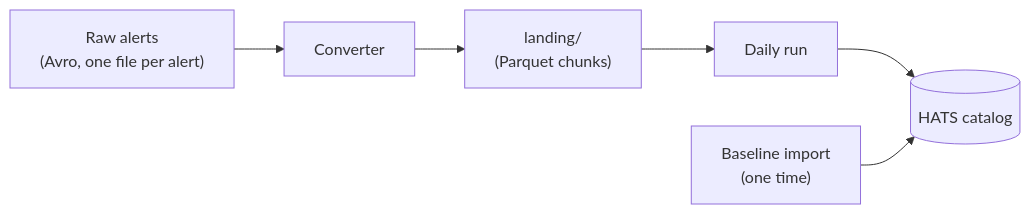
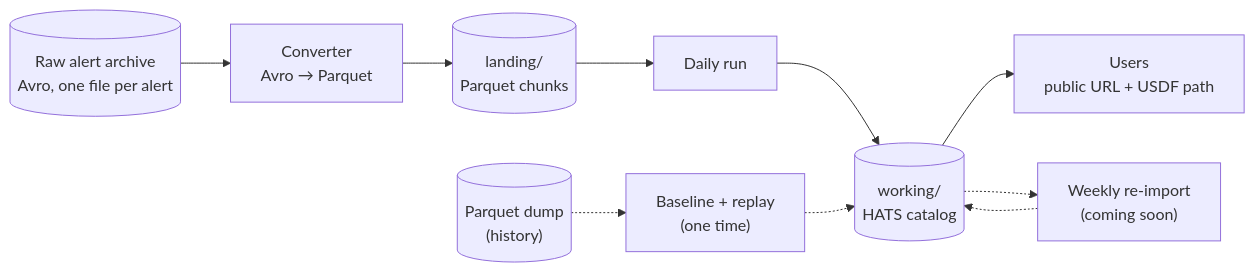
Before and after one commit to lincc-frameworks/alert-archive: the diagram in docs/pipeline/overview.md, drawn with Mermaid. The commit also changed other lines of this file and 4 other files, not shown here.

````diff
--- a/docs/pipeline/overview.md
+++ b/docs/pipeline/overview.md
@@ -5,8 +7,16 @@
 ```mermaid
 flowchart LR
-    raw["Raw alerts<br/>(Avro, one file per alert)"] --> conv["Converter"]
-    conv --> landing["landing/<br/>(Parquet chunks)"]
-    landing --> daily["Daily run"]
-    daily --> catalog[("HATS catalog")]
-    baseline["Baseline import<br/>(one time)"] --> catalog
+    raw[("Raw alert archive<br/>Avro, one file per alert")]
+    conv["Converter<br/>Avro → Parquet"]
+    landing[("landing/<br/>Parquet chunks")]
+    daily["Daily run"]
+    working[("working/<br/>HATS catalog")]
+    users["Users<br/>public URL + USDF path"]
+    weekly["Weekly re-import<br/>(coming soon)"]
+    dump[("Parquet dump<br/>(history)")]
+    first["Baseline + replay<br/>(one time)"]
+
+    raw --> conv --> landing --> daily --> working --> users
+    working -.-> weekly -.-> working
+    dump -.-> first -.-> working
 ```
````
